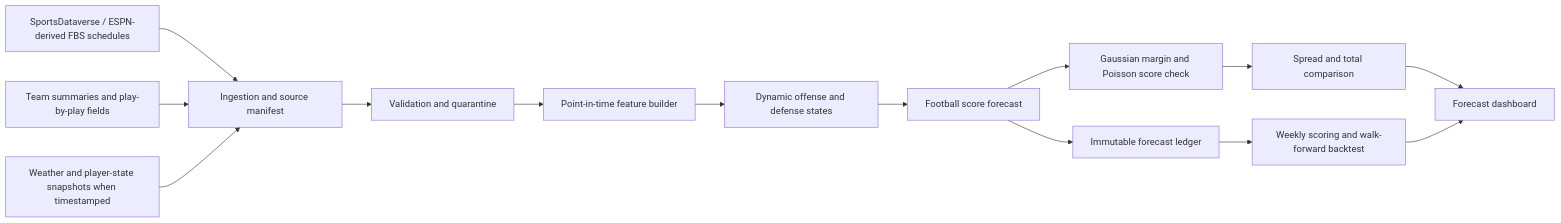
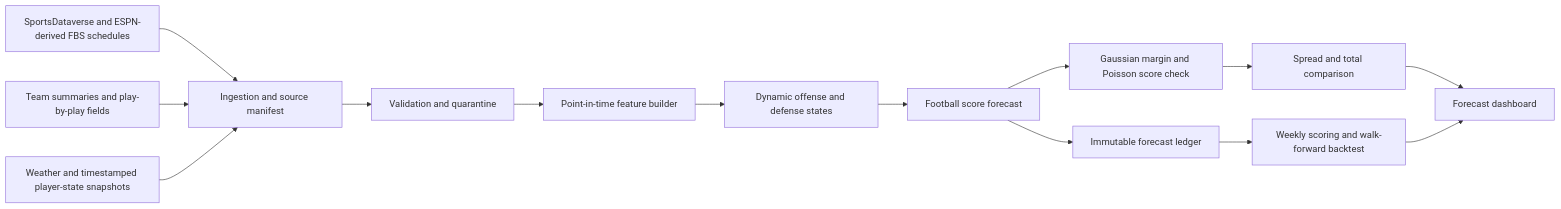
One commit to bngomez98/cfb-forecast changed the diagram in README.md. Above: the diagram before and after it, drawn with Mermaid. The commit also changed other lines of this file, not shown here.

````diff
--- a/README.md
+++ b/README.md
@@ -123,16 +817,16 @@
 ```mermaid
 flowchart LR
-  A[SportsDataverse / ESPN-derived FBS schedules] --> B[Ingestion and source manifest]
+  A[SportsDataverse and ESPN-derived FBS schedules] --> B[Ingestion and source manifest]
   C[Team summaries and play-by-play fields] --> B
-  D[Weather and player-state snapshots when timestamped] --> B
+  D[Weather and timestamped player-state snapshots] --> B
   B --> E[Validation and quarantine]
   E --> F[Point-in-time feature builder]
   F --> G[Dynamic offense and defense states]
   G --> H[Football score forecast]
   H --> I[Gaussian margin and Poisson score check]
   I --> J[Spread and total comparison]
   H --> K[Immutable forecast ledger]
   K --> L[Weekly scoring and walk-forward backtest]
   J --> M[Forecast dashboard]
   L --> M
 ```
````
